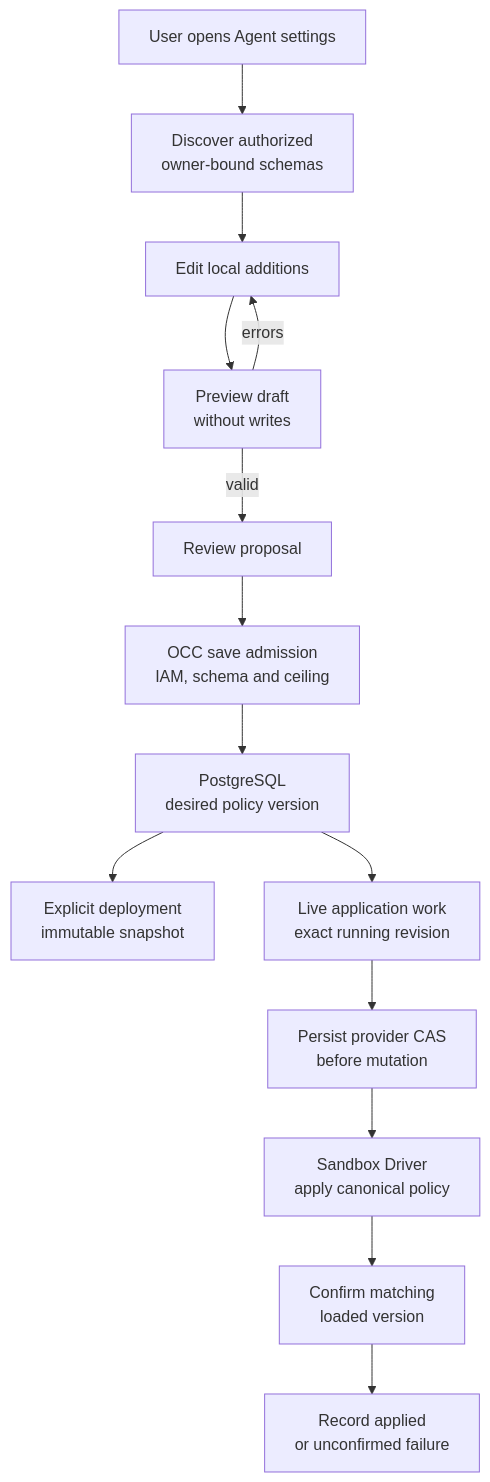
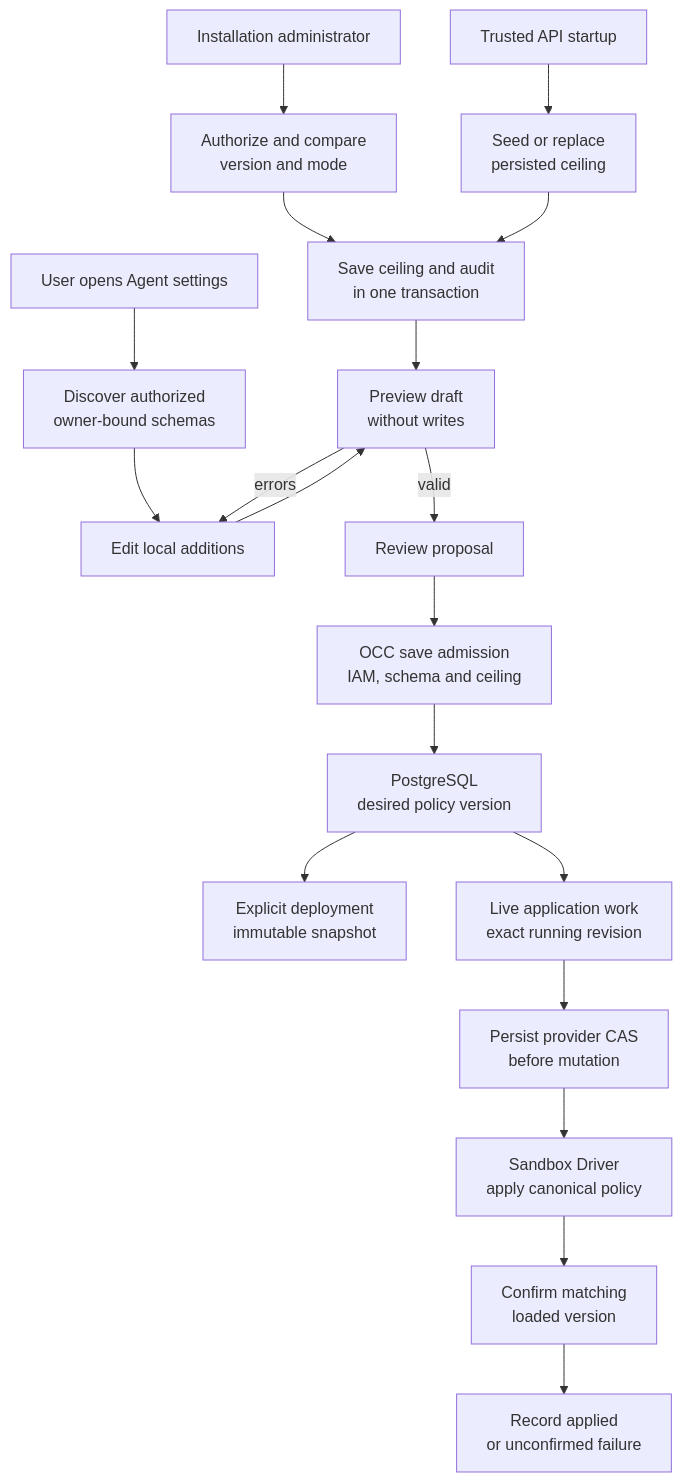
The diagram in docs/flows/agent-sandbox-policy.md (openclaw/openclaw-enterprise), drawn with Mermaid before and after one commit. The commit also changed other lines of this file and 11 other files, not shown here.

Commit message:
docs: explain persistent ceiling management and verification limits

````diff
--- a/docs/flows/agent-sandbox-policy.md
+++ b/docs/flows/agent-sandbox-policy.md
@@ -26,16 +26,21 @@
 ```mermaid
 graph TD
+  Start["Trusted API startup"] --> Init["Seed or replace<br/>persisted ceiling"]
+  Admin["Installation administrator"] --> Edit["Authorize and compare<br/>version and mode"]
+  Edit --> Limits["Save ceiling and audit<br/>in one transaction"]
+  Init --> Limits
+  Limits --> Preview
   U["User opens Agent settings"] --> Cfg["Discover authorized<br/>owner-bound schemas"]
   Cfg --> Draft["Edit local additions"]
   Draft --> Preview["Preview draft<br/>without writes"]
   Preview -->|errors| Draft
   Preview -->|valid| U2["Review proposal"]
   U2 --> A["OCC save admission<br/>IAM, schema and ceiling"]
   A --> P["PostgreSQL<br/>desired policy version"]
   P --> D["Explicit deployment<br/>immutable snapshot"]
   P --> W["Live application work<br/>exact running revision"]
   W --> C["Persist provider CAS<br/>before mutation"]
   C --> S["Sandbox Driver<br/>apply canonical policy"]
   S --> V["Confirm matching<br/>loaded version"]
   V --> R["Record applied<br/>or unconfirmed failure"]
 ```
````
